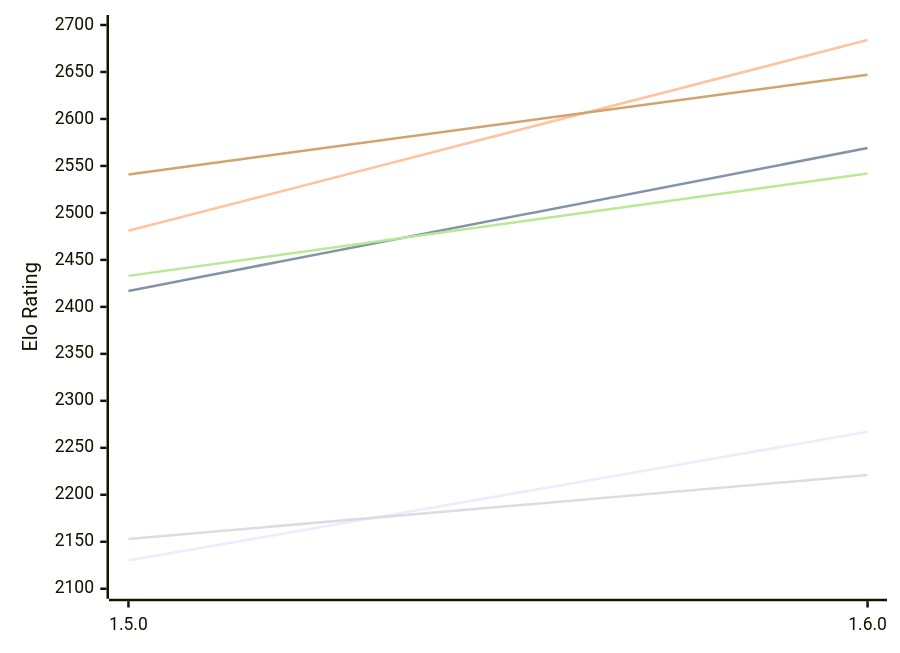
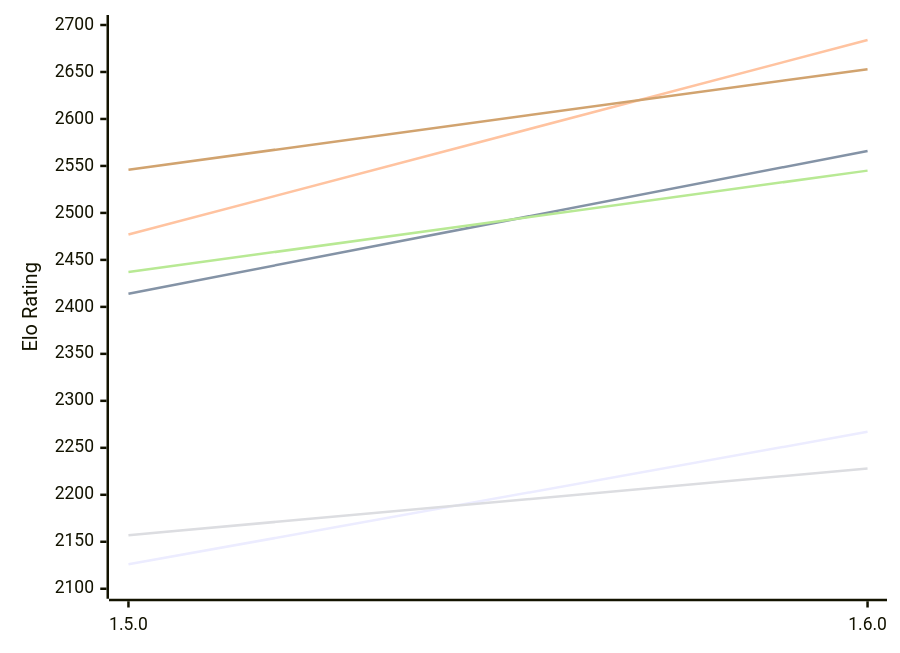
Before and after one commit to computer-chess-index/cci: the first of 2 diagrams in engines/Tofiks.md, drawn with Mermaid. The commit also changed other lines of this file, not shown here.

Commit message:
Update CCI Ratings (ELO VLTC) - 2026-11-21

````diff
--- a/engines/Tofiks.md
+++ b/engines/Tofiks.md
@@ -51,12 +51,12 @@
 ```mermaid
 %%{init: {"theme":"base","themeVariables":{"seriesColors:['#a3a3a3','#222221','#faa371']}}}%%
 xychart-beta
   x-axis ["1.5.0", "1.6.0"]
   y-axis "Elo Rating" 2100 --> 2700
-  line "E1: STC (8.0+0.08s)" [2130, 2267]
-  line "E1: LTC (60.0+0.60s)" [2417, 2569]
-  line "E1: VLTC (2m24s+1.12s)" [2481, 2684]
-  line "P1: STC (8.0+0.08s)" [2153, 2221]
-  line "P1: LTC (60.0+0.60s)" [2433, 2542]
-  line "P1: VLTC (2m24s+1.12s)" [2541, 2647]
+  line "E1: STC (8.0+0.08s)" [2126, 2267]
+  line "E1: LTC (60.0+0.60s)" [2414, 2566]
+  line "E1: VLTC (2m24s+1.12s)" [2477, 2684]
+  line "P1: STC (8.0+0.08s)" [2157, 2228]
+  line "P1: LTC (60.0+0.60s)" [2437, 2545]
+  line "P1: VLTC (2m24s+1.12s)" [2546, 2653]
 ```
````
